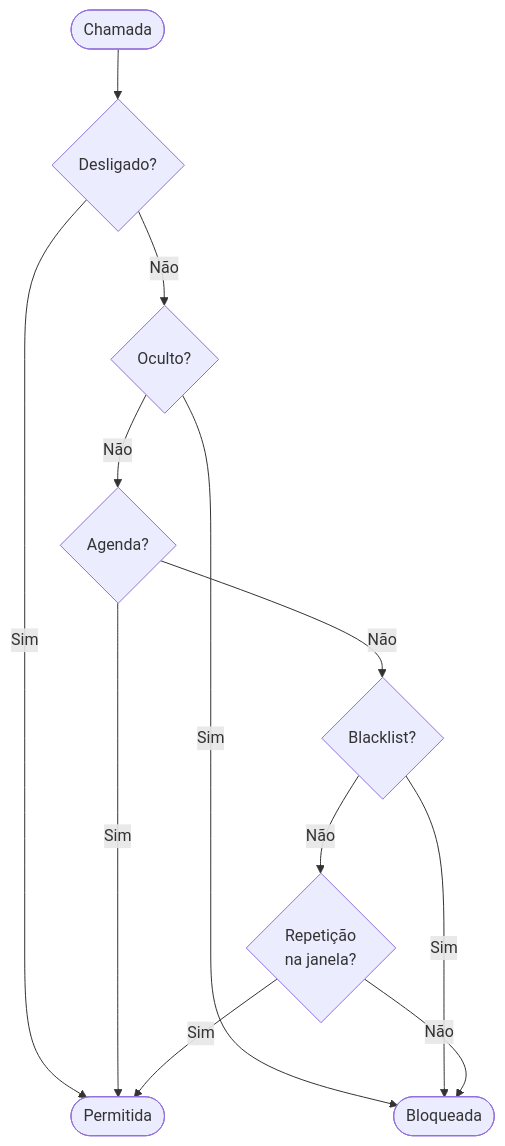
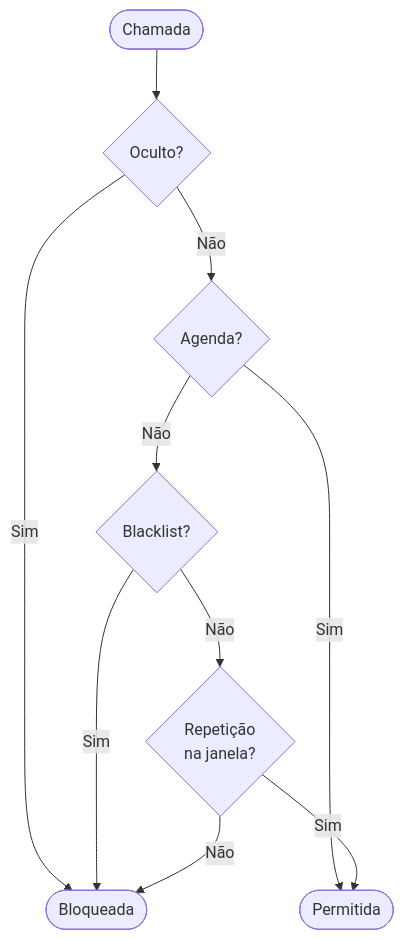
Before and after one commit to acdcmaia/call-guard: the diagram in README.md, drawn with Mermaid.

Commit message:
docs: simplify README flowchart to core screening logic

````diff
--- a/README.md
+++ b/README.md
@@ -7,14 +7,12 @@
 ```mermaid
 flowchart TD
-    A([Chamada]) --> OFF{Desligado?}
-    OFF -- Sim --> E([Permitida])
-    OFF -- Não --> P{Oculto?}
+    A([Chamada]) --> P{Oculto?}
     P -- Sim --> C([Bloqueada])
     P -- Não --> CK{Agenda?}
-    CK -- Sim --> E
+    CK -- Sim --> E([Permitida])
     CK -- Não --> B{Blacklist?}
     B -- Sim --> C
     B -- Não --> D{Repetição\nna janela?}
     D -- Não --> C
     D -- Sim --> E
 ```
````
